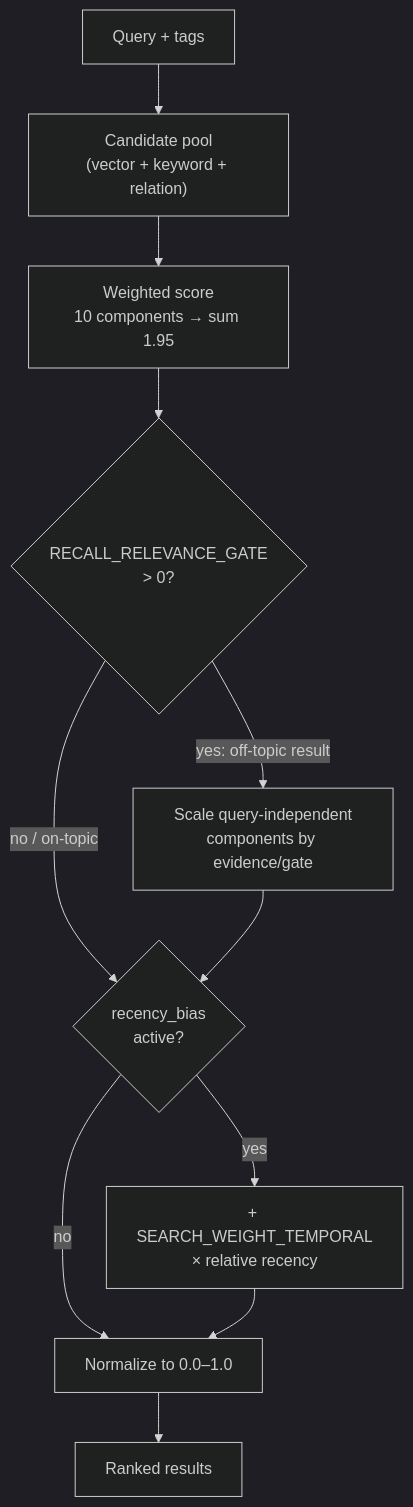
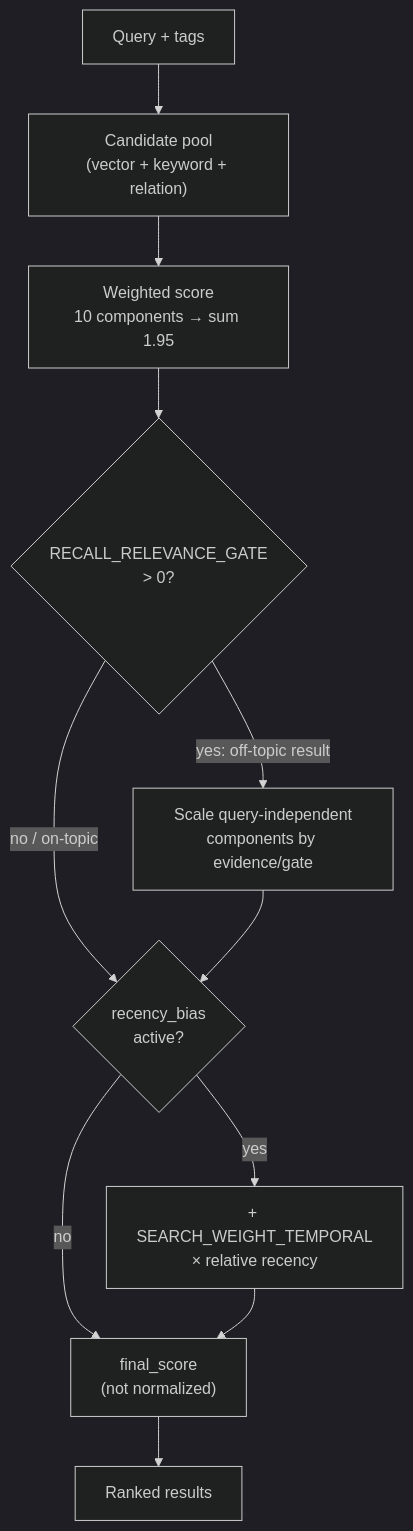
The diagram in src/content/docs/docs/core-concepts/recall-tuning.md (verygoodplugins/automem-website), drawn with Mermaid (dark theme) before and after one commit. The commit also changed other lines of this file and 1 other file, not shown here.

First line of the commit message:
docs: correct recall tuning score normalization and relevance weight (#391)

````diff
--- a/src/content/docs/docs/core-concepts/recall-tuning.md
+++ b/src/content/docs/docs/core-concepts/recall-tuning.md
@@ -26,13 +26,13 @@
 ```mermaid
 flowchart TD
     Q["Query + tags"] --> Pool["Candidate pool<br/>(vector + keyword + relation)"]
     Pool --> Score["Weighted score<br/>10 components → sum 1.95"]
     Score --> Gate{"RECALL_RELEVANCE_GATE<br/>> 0?"}
     Gate -->|"yes: off-topic result"| Damp["Scale query-independent<br/>components by evidence/gate"]
     Gate -->|"no / on-topic"| Rerank{"recency_bias<br/>active?"}
     Damp --> Rerank
     Rerank -->|"yes"| Temporal["+ SEARCH_WEIGHT_TEMPORAL<br/>× relative recency"]
-    Rerank -->|"no"| Norm["Normalize to 0.0–1.0"]
+    Rerank -->|"no"| Norm["final_score<br/>(not normalized)"]
     Temporal --> Norm
     Norm --> Out["Ranked results"]
 ```
````
